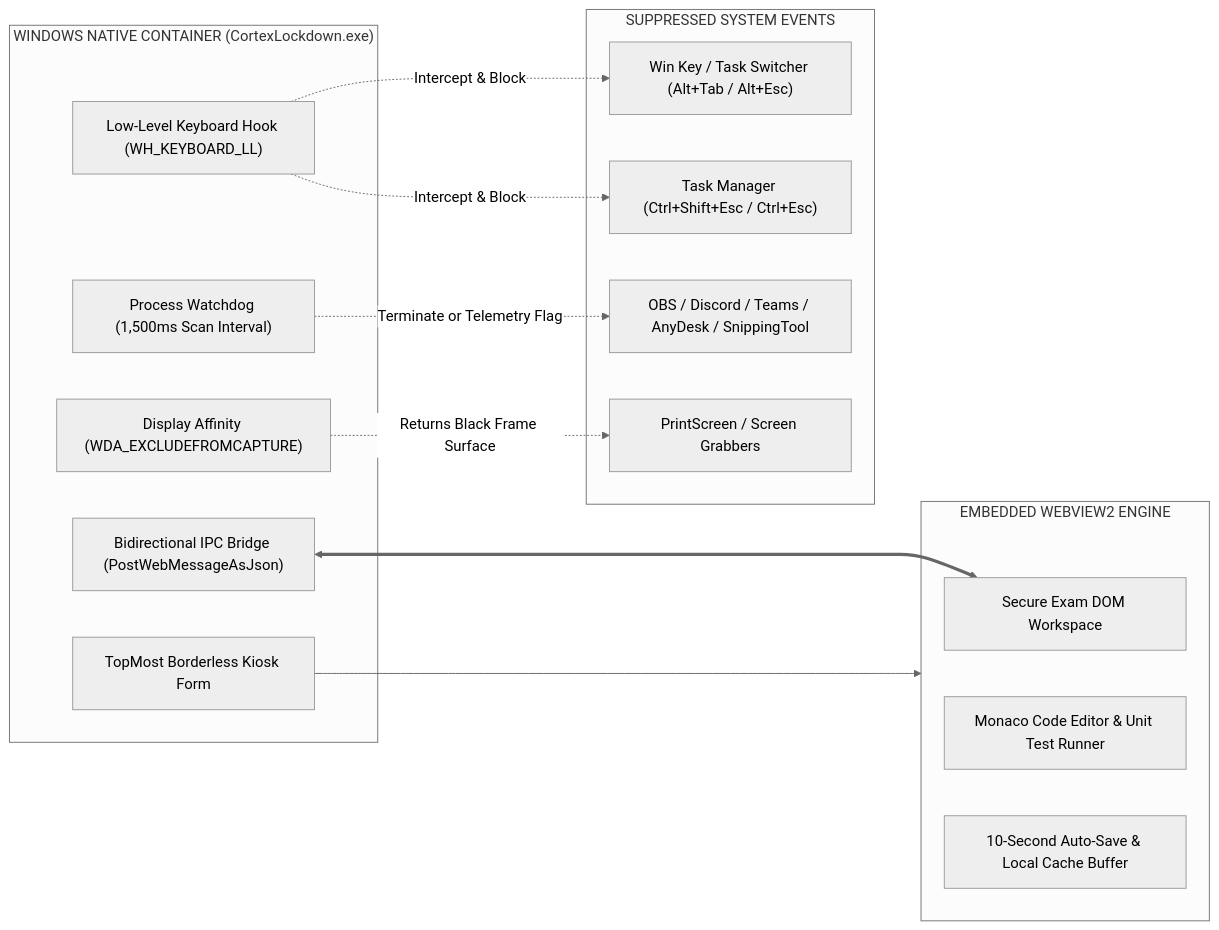
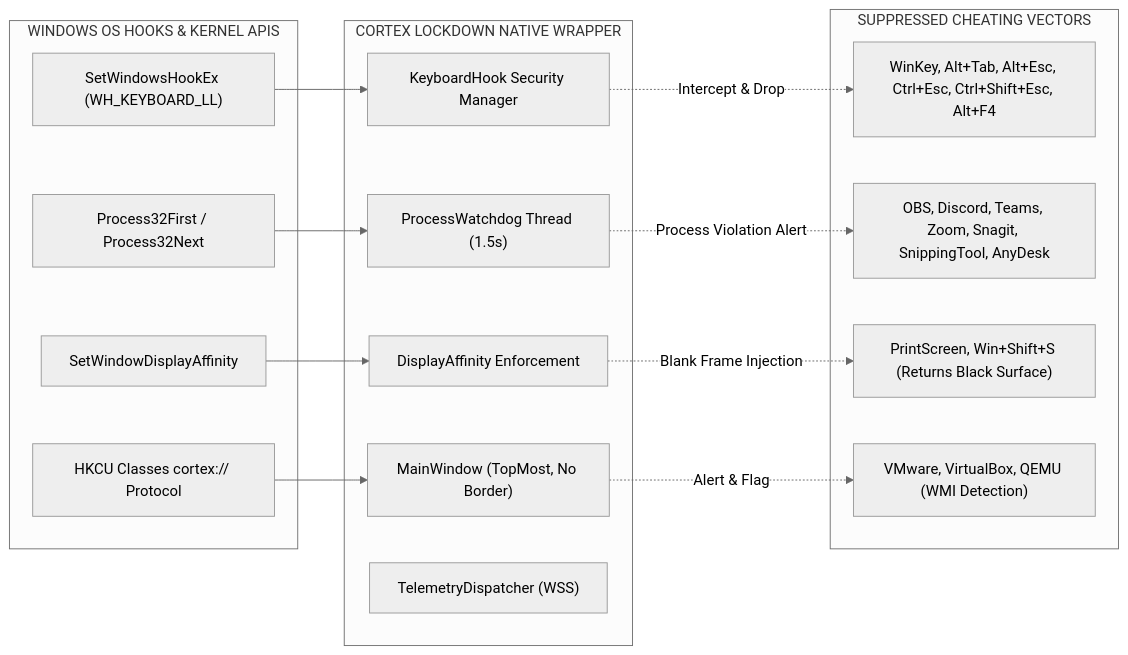
The second of 3 diagrams in README.md (shivampatilck-1010/cortex-code-platform), drawn with Mermaid (neutral theme) before and after one commit. The commit also changed other lines of this file, not shown here.

Commit message:
docs: Redesign README with authentic brand emblem, deep technical architecture, and anti-cheat threat matrix

````diff
--- a/README.md
+++ b/README.md
@@ -105,31 +82,34 @@
 ```mermaid
 flowchart LR
-    subgraph Win32Host["WINDOWS NATIVE CONTAINER (CortexLockdown.exe)"]
-        KioskForm["TopMost Borderless Kiosk Form"]
-        KeyHook["Low-Level Keyboard Hook (WH_KEYBOARD_LL)"]
-        ProcDog["Process Watchdog (1,500ms Scan Interval)"]
-        Affinity["Display Affinity (WDA_EXCLUDEFROMCAPTURE)"]
-        IPCBdg["Bidirectional IPC Bridge (PostWebMessageAsJson)"]
+    subgraph OSBoundary["WINDOWS OS HOOKS & KERNEL APIS"]
+        WinHook["SetWindowsHookEx (WH_KEYBOARD_LL)"]
+        WinAffinity["SetWindowDisplayAffinity"]
+        ProcEnum["Process32First / Process32Next"]
+        RegHandler["HKCU Classes cortex:// Protocol"]
     end
 
-    subgraph WebViewContainer["EMBEDDED WEBVIEW2 ENGINE"]
-        DOMWorkspace["Secure Exam DOM Workspace"]
-        MonacoSandbox["Monaco Code Editor & Unit Test Runner"]
-        AutoSaver["10-Second Auto-Save & Local Cache Buffer"]
+    subgraph HostContainer["CORTEX LOCKDOWN NATIVE WRAPPER"]
+        KioskForm["MainWindow (TopMost, No Border)"]
+        HookManager["KeyboardHook Security Manager"]
+        AffinityGuard["DisplayAffinity Enforcement"]
+        Watchdog["ProcessWatchdog Thread (1.5s)"]
+        Telemetry["TelemetryDispatcher (WSS)"]
     end
 
-    subgraph InterceptedThreats["SUPPRESSED SYSTEM EVENTS"]
-        WinKey["Win Key / Task Switcher (Alt+Tab / Alt+Esc)"]
-        TaskMgr["Task Manager (Ctrl+Shift+Esc / Ctrl+Esc)"]
-        Recorders["OBS / Discord / Teams / AnyDesk / SnippingTool"]
-        PrintScrn["PrintScreen / Screen Grabbers"]
+    subgraph BlockedVectors["SUPPRESSED CHEATING VECTORS"]
+        Hotkeys["WinKey, Alt+Tab, Alt+Esc, Ctrl+Esc, Ctrl+Shift+Esc, Alt+F4"]
+        Recorders["OBS, Discord, Teams, Zoom, Snagit, SnippingTool, AnyDesk"]
+        Grabs["PrintScreen, Win+Shift+S (Returns Black Surface)"]
+        VMs["VMware, VirtualBox, QEMU (WMI Detection)"]
     end
 
-    KeyHook -.->|Intercept & Block| WinKey
-    KeyHook -.->|Intercept & Block| TaskMgr
-    ProcDog -.->|Terminate or Telemetry Flag| Recorders
-    Affinity -.->|Returns Black Frame Surface| PrintScrn
+    WinHook --> HookManager
+    WinAffinity --> AffinityGuard
+    ProcEnum --> Watchdog
+    RegHandler --> KioskForm
 
-    KioskForm --> WebViewContainer
-    IPCBdg <===> DOMWorkspace
+    HookManager -.->|Intercept & Drop| Hotkeys
+    AffinityGuard -.->|Blank Frame Injection| Grabs
+    Watchdog -.->|Process Violation Alert| Recorders
+    KioskForm -.->|Alert & Flag| VMs
 ```
````
